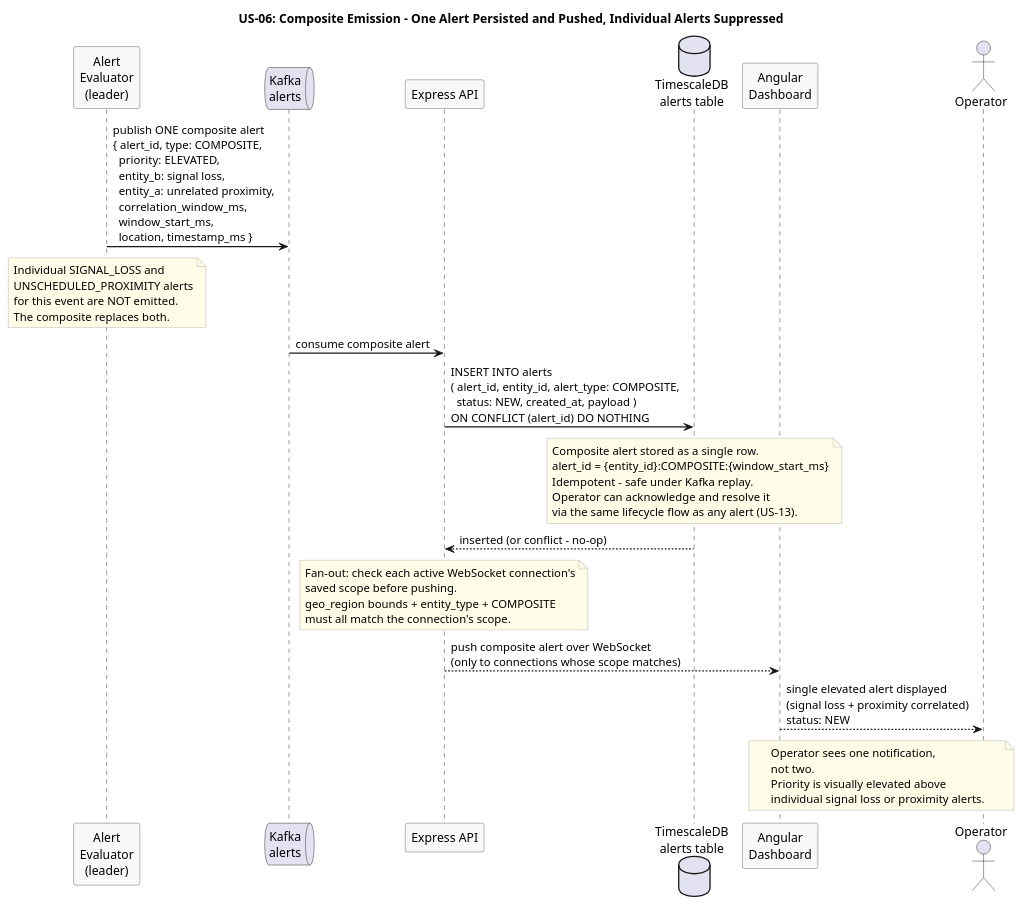
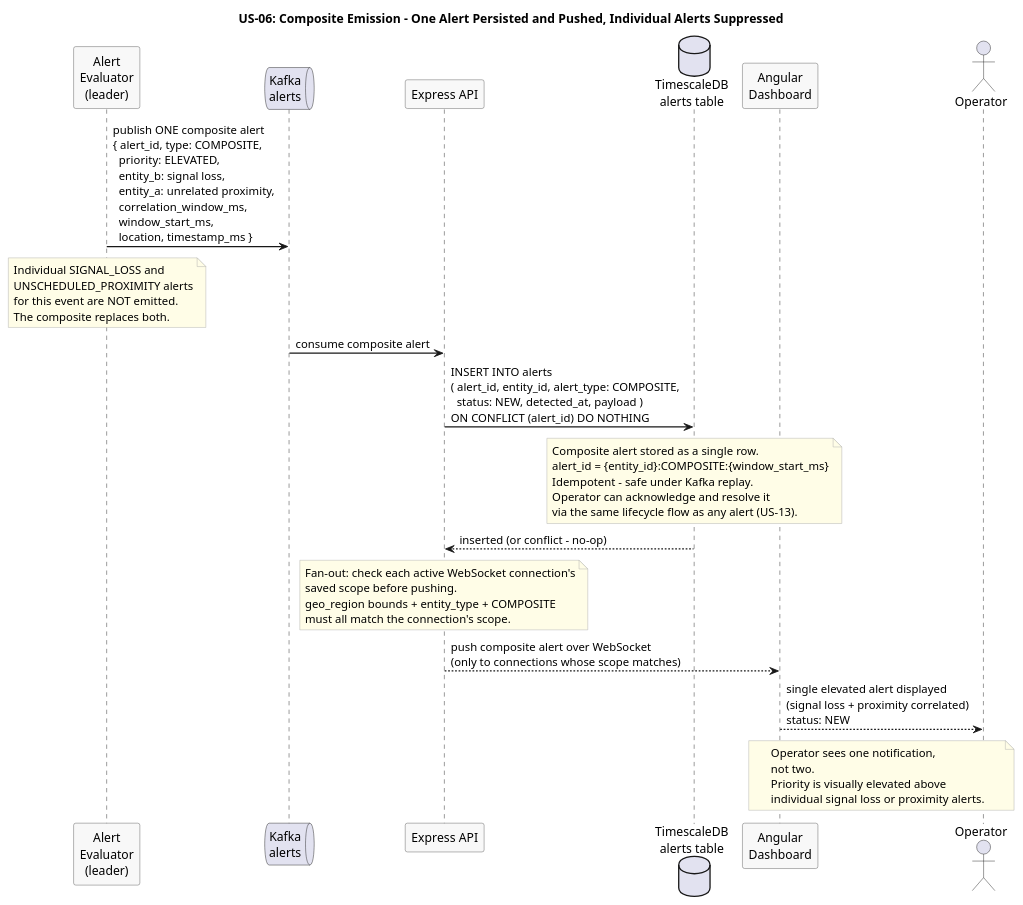
One commit to Buffden/sentinel changed the diagram in docs/use-cases/US-06-composite-alert/composite-emission.puml. Above: the diagram before and after it, drawn with PlantUML. The commit also changed 6 other files, not shown here.

```diff
--- a/docs/use-cases/US-06-composite-alert/composite-emission.puml
+++ b/docs/use-cases/US-06-composite-alert/composite-emission.puml
@@ -1,58 +1,58 @@
 @startuml composite-emission
 title US-06: Composite Emission - One Alert Persisted and Pushed, Individual Alerts Suppressed
 
 skinparam sequenceArrowThickness 1.5
 skinparam participantBorderColor #555555
 skinparam participantBackgroundColor #F8F8F8
 skinparam noteBorderColor #AAAAAA
 skinparam noteBackgroundColor #FFFDE7
 
 participant "Alert\nEvaluator\n(leader)" as Evaluator
 queue "Kafka\nalerts" as Kafka
 participant "Express API" as API
 database "TimescaleDB\nalerts table" as TSDB
 participant "Angular\nDashboard" as Dashboard
 actor Operator
 
 Evaluator -> Kafka : publish ONE composite alert\n{ alert_id, type: COMPOSITE,\n  priority: ELEVATED,\n  entity_b: signal loss,\n  entity_a: unrelated proximity,\n  correlation_window_ms,\n  window_start_ms,\n  location, timestamp_ms }
 
 note over Evaluator
   Individual SIGNAL_LOSS and
   UNSCHEDULED_PROXIMITY alerts
   for this event are NOT emitted.
   The composite replaces both.
 end note
 
 Kafka -> API : consume composite alert
 
-API -> TSDB : INSERT INTO alerts\n( alert_id, entity_id, alert_type: COMPOSITE,\n  status: NEW, created_at, payload )\nON CONFLICT (alert_id) DO NOTHING
+API -> TSDB : INSERT INTO alerts\n( alert_id, entity_id, alert_type: COMPOSITE,\n  status: NEW, detected_at, payload )\nON CONFLICT (alert_id) DO NOTHING
 
 note over TSDB
   Composite alert stored as a single row.
   alert_id = {entity_id}:COMPOSITE:{window_start_ms}
   Idempotent - safe under Kafka replay.
   Operator can acknowledge and resolve it
   via the same lifecycle flow as any alert (US-13).
 end note
 
 TSDB --> API : inserted (or conflict - no-op)
 
 note over API
   Fan-out: check each active WebSocket connection's
   saved scope before pushing.
   geo_region bounds + entity_type + COMPOSITE
   must all match the connection's scope.
 end note
 
 API --> Dashboard : push composite alert over WebSocket\n(only to connections whose scope matches)
 
 Dashboard --> Operator : single elevated alert displayed\n(signal loss + proximity correlated)\nstatus: NEW
 
 note over Dashboard, Operator
   Operator sees one notification,
   not two.
   Priority is visually elevated above
   individual signal loss or proximity alerts.
 end note
 
 @enduml
```
